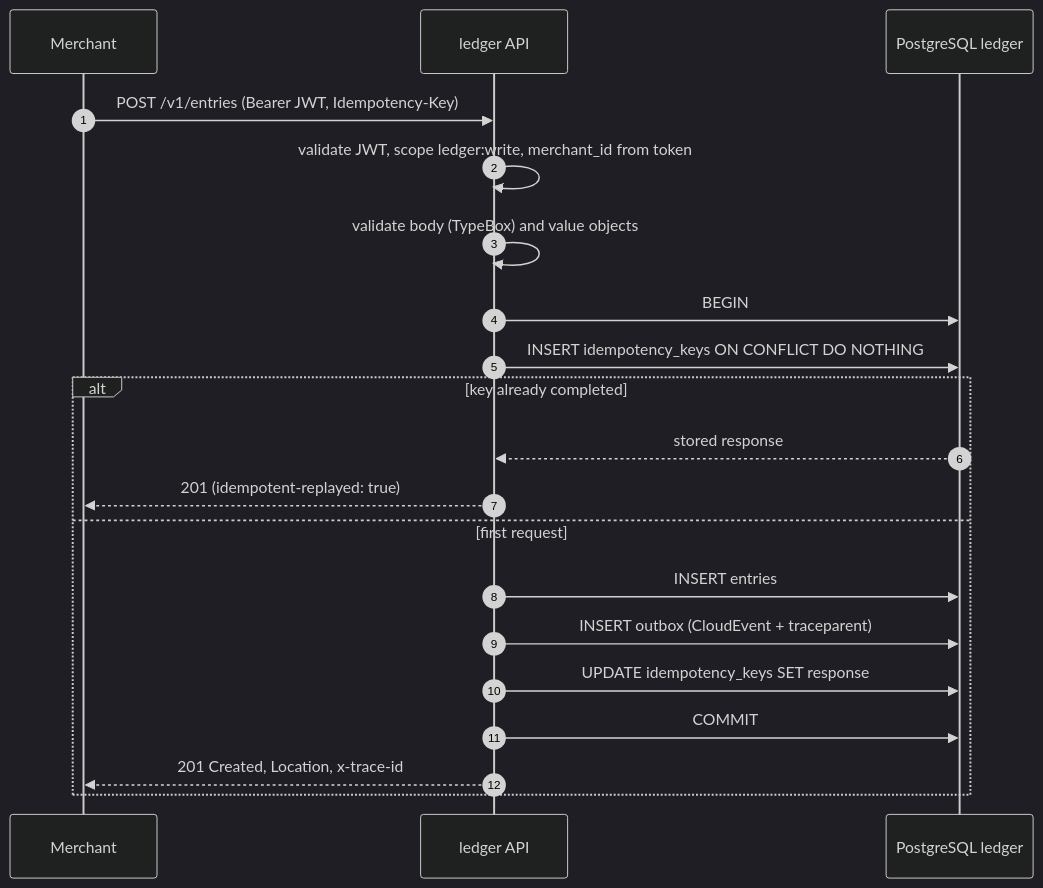
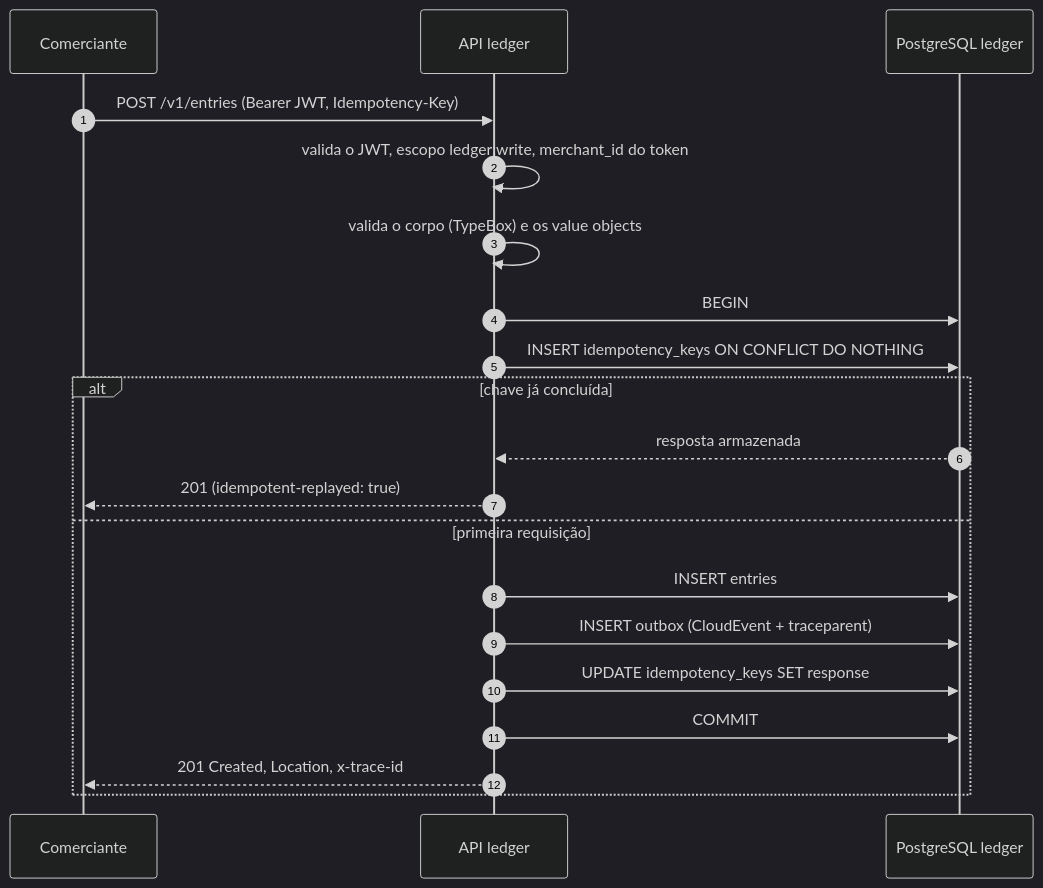
One commit to joaorizzont/cash-flow-test changed the fourth of 8 diagrams in docs/03-target-architecture.md. Above: the diagram before and after it, drawn with Mermaid (dark theme). The commit also changed other lines of this file and 23 other files, not shown here.

First line of the commit message:
docs: translate architecture documentation to portuguese

````diff
--- a/docs/03-target-architecture.md
+++ b/docs/03-target-architecture.md
@@ -159,22 +159,22 @@
 ```mermaid
 sequenceDiagram
   autonumber
-  participant M as Merchant
-  participant L as ledger API
+  participant M as Comerciante
+  participant L as API ledger
   participant DB as PostgreSQL ledger
   M->>L: POST /v1/entries (Bearer JWT, Idempotency-Key)
-  L->>L: validate JWT, scope ledger:write, merchant_id from token
-  L->>L: validate body (TypeBox) and value objects
+  L->>L: valida o JWT, escopo ledger:write, merchant_id do token
+  L->>L: valida o corpo (TypeBox) e os value objects
   L->>DB: BEGIN
   L->>DB: INSERT idempotency_keys ON CONFLICT DO NOTHING
-  alt key already completed
-    DB-->>L: stored response
+  alt chave já concluída
+    DB-->>L: resposta armazenada
     L-->>M: 201 (idempotent-replayed: true)
-  else first request
+  else primeira requisição
     L->>DB: INSERT entries
     L->>DB: INSERT outbox (CloudEvent + traceparent)
     L->>DB: UPDATE idempotency_keys SET response
     L->>DB: COMMIT
     L-->>M: 201 Created, Location, x-trace-id
   end
 ```
````
